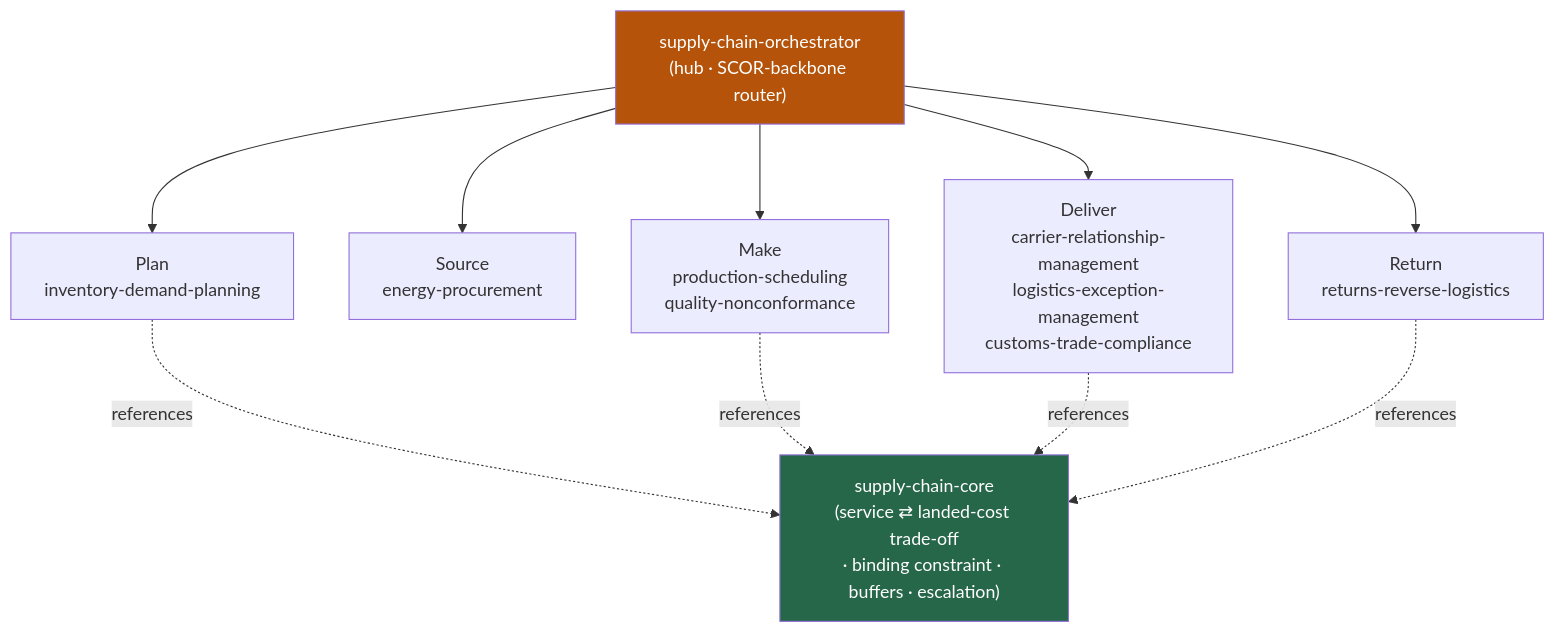
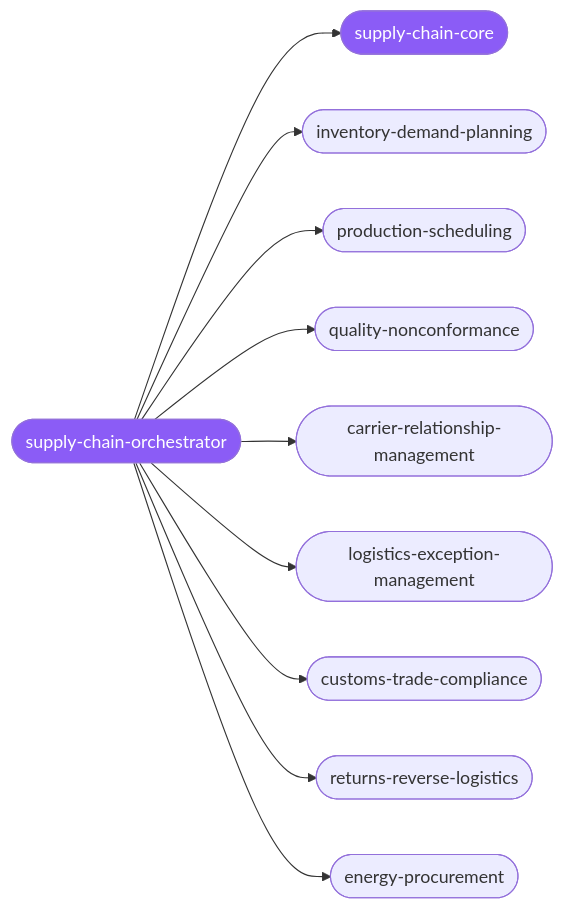
One commit to Sheshiyer/skill-clusters changed the diagram in clusters/supply-chain/README.md. Above: the diagram before and after it, drawn with Mermaid. The commit also changed other lines of this file and 44 other files, not shown here.

````diff
--- a/clusters/supply-chain/README.md
+++ b/clusters/supply-chain/README.md
@@ -31,16 +18,13 @@
 ```mermaid
-graph TD
-    O["supply-chain-orchestrator<br/>(hub · SCOR-backbone router)"]
-    O --> PLAN["Plan<br/>inventory-demand-planning"]
-    O --> SRC["Source<br/>energy-procurement"]
-    O --> MAKE["Make<br/>production-scheduling<br/>quality-nonconformance"]
-    O --> DEL["Deliver<br/>carrier-relationship-management<br/>logistics-exception-management<br/>customs-trade-compliance"]
-    O --> RET["Return<br/>returns-reverse-logistics"]
-    PLAN -. references .-> C["supply-chain-core<br/>(service ⇄ landed-cost trade-off<br/>· binding constraint · buffers · escalation)"]
-    MAKE -. references .-> C
-    DEL -. references .-> C
-    RET -. references .-> C
-
-    style O fill:#b45309,color:#fff
-    style C fill:#276749,color:#fff
+graph LR
+  o([supply-chain-orchestrator]):::hub --> c([supply-chain-core]):::hub
+  o --> s1([inventory-demand-planning])
+  o --> s2([production-scheduling])
+  o --> s3([quality-nonconformance])
+  o --> s4([carrier-relationship-management])
+  o --> s5([logistics-exception-management])
+  o --> s6([customs-trade-compliance])
+  o --> s7([returns-reverse-logistics])
+  o --> s8([energy-procurement])
+  classDef hub fill:#8b5cf6,color:#fff;
 ```
````
